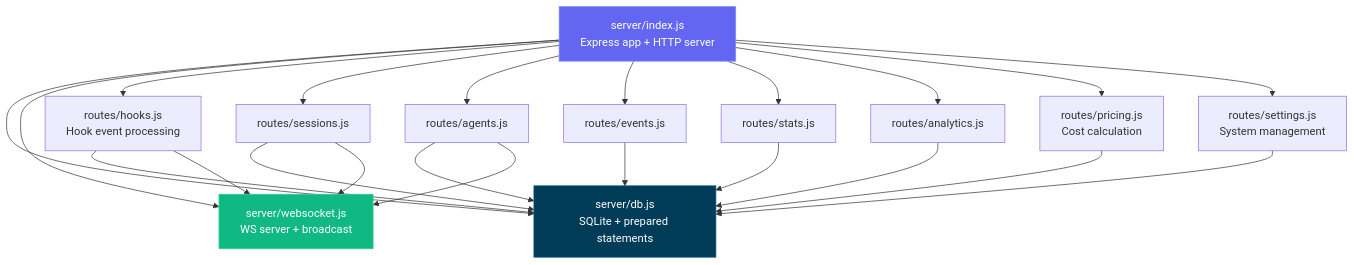
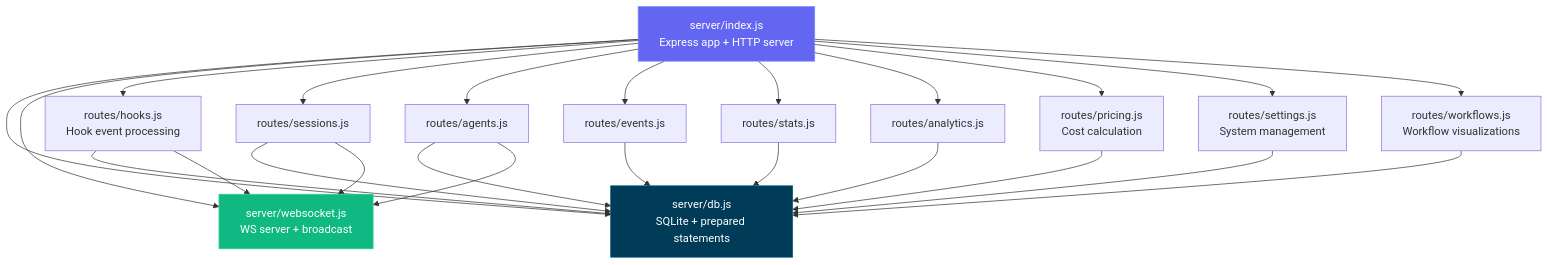
Diagram 11 of 15 in README.md (StrainReviews/Claude-Code-Agent-Monitor), drawn with Mermaid before and after one commit. The commit also changed other lines of this file and 29 other files, not shown here.

````diff
--- a/README.md
+++ b/README.md
@@ -753,29 +762,31 @@
 ```mermaid
 graph TD
     INDEX["server/index.js<br/>Express app + HTTP server"]
     DB["server/db.js<br/>SQLite + prepared statements"]
     WS["server/websocket.js<br/>WS server + broadcast"]
     HOOKS["routes/hooks.js<br/>Hook event processing"]
     SESSIONS["routes/sessions.js"]
     AGENTS["routes/agents.js"]
     EVENTS["routes/events.js"]
     STATS["routes/stats.js"]
     ANALYTICS["routes/analytics.js"]
     PRICING["routes/pricing.js<br/>Cost calculation"]
     SETTINGS["routes/settings.js<br/>System management"]
+    WORKFLOWS["routes/workflows.js<br/>Workflow visualizations"]
 
     INDEX --> DB & WS
-    INDEX --> HOOKS & SESSIONS & AGENTS & EVENTS & STATS & ANALYTICS & PRICING & SETTINGS
+    INDEX --> HOOKS & SESSIONS & AGENTS & EVENTS & STATS & ANALYTICS & PRICING & SETTINGS & WORKFLOWS
     HOOKS --> DB & WS
     SESSIONS --> DB & WS
     AGENTS --> DB & WS
     EVENTS --> DB
     STATS --> DB
     ANALYTICS --> DB
     PRICING --> DB
     SETTINGS --> DB
+    WORKFLOWS --> DB
 
     style INDEX fill:#6366f1,stroke:#818cf8,color:#fff
     style DB fill:#003B57,stroke:#005f8a,color:#fff
     style WS fill:#10b981,stroke:#34d399,color:#fff
 ```
````
